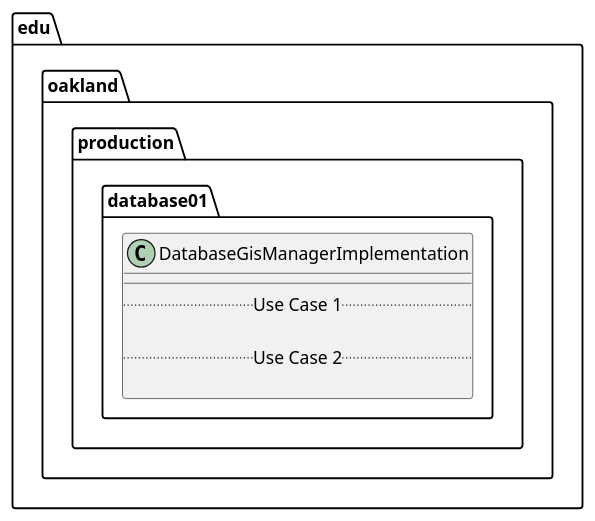
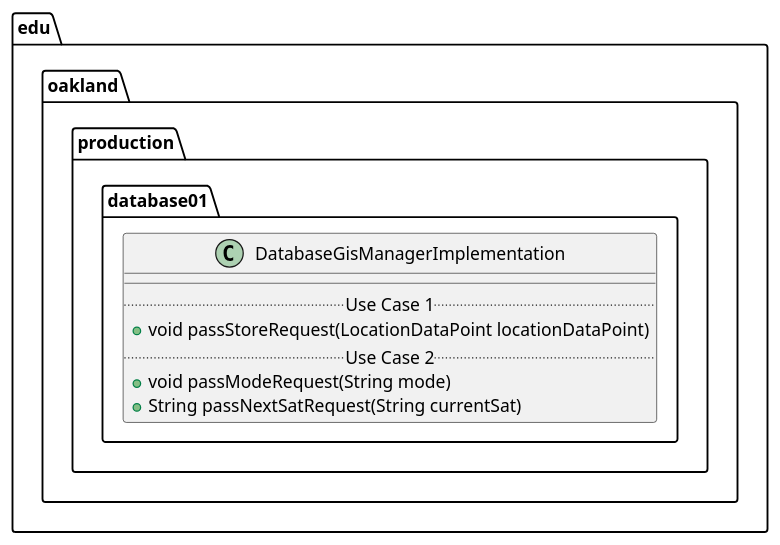
The diagram in docs/uml-class-diagrams/database01/production/DatabaseGisManagerImplementation/DatabaseGisManagerImplementation.puml (elilley15/csi-3370-software-project), drawn with PlantUML before and after one commit. The commit also changed 7 other files, not shown here.

First line of the commit message:
[Database] Added Database Public Interface UML Class Diagrams (#12)

```diff
--- a/docs/uml-class-diagrams/database01/production/DatabaseGisManagerImplementation/DatabaseGisManagerImplementation.puml
+++ b/docs/uml-class-diagrams/database01/production/DatabaseGisManagerImplementation/DatabaseGisManagerImplementation.puml
@@ -1,13 +1,14 @@
 @startuml DatabaseGisManagerImplementation
 
 package edu.oakland.production.database01 {
     class DatabaseGisManagerImplementation {
         __
         .. Use Case 1 ..
-
+        + void passStoreRequest(LocationDataPoint locationDataPoint)
         .. Use Case 2 ..
-
+        + void passModeRequest(String mode)
+        + String passNextSatRequest(String currentSat)
     }
 }
 
 @enduml
```
